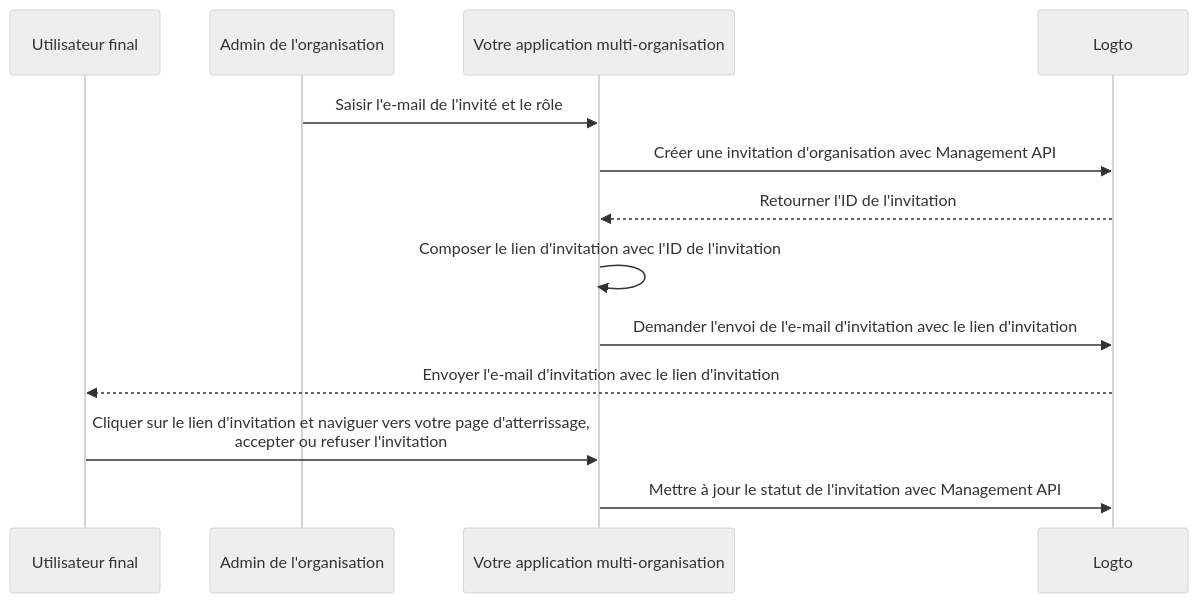
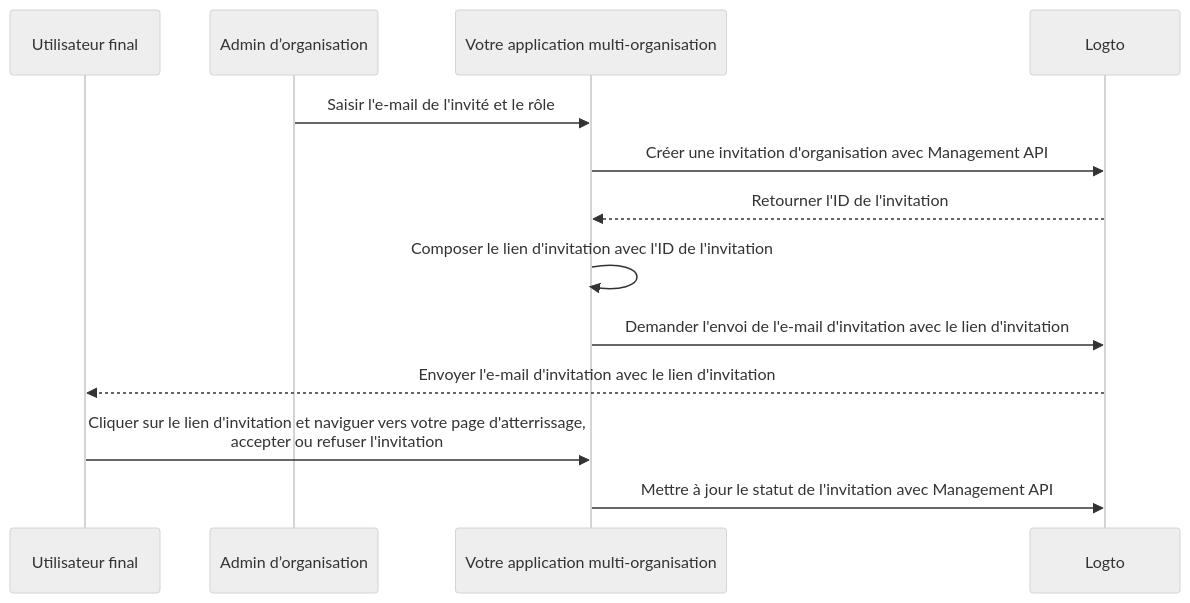
The diagram in i18n/fr/docusaurus-plugin-content-docs/current/end-user-flows/organization-experience/invite-organization-members.mdx (logto-io/docs), drawn with Mermaid (neutral theme) before and after one commit. The commit also changed other lines of this file and 580 other files, not shown here.

````diff
--- a/i18n/fr/docusaurus-plugin-content-docs/current/end-user-flows/organization-experience/invite-organization-members.mdx
+++ b/i18n/fr/docusaurus-plugin-content-docs/current/end-user-flows/organization-experience/invite-organization-members.mdx
@@ -13,16 +13,16 @@
 ```mermaid
 sequenceDiagram
 	Participant U as Utilisateur final
-  Participant A as Admin de l'organisation
+  Participant A as Admin d’organisation
   Participant C as Votre application multi-organisation
 	Participant L as Logto
 
   A ->> C: Saisir l'e-mail de l'invité et le rôle
   C ->> L: Créer une invitation d'organisation avec Management API
   L -->> C: Retourner l'ID de l'invitation
   C ->> C: Composer le lien d'invitation avec l'ID de l'invitation
   C ->> L: Demander l'envoi de l'e-mail d'invitation avec le lien d'invitation
   L -->> U: Envoyer l'e-mail d'invitation avec le lien d'invitation
   U ->> C: Cliquer sur le lien d'invitation et naviguer vers votre page d'atterrissage,<br /> accepter ou refuser l'invitation
   C ->> L: Mettre à jour le statut de l'invitation avec Management API
 ```
````
